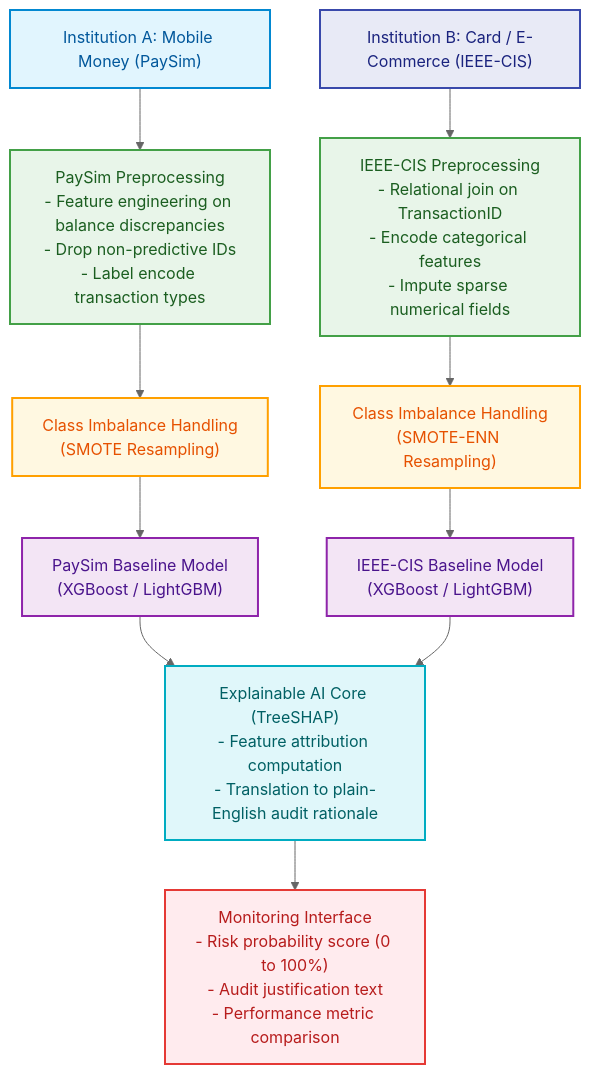
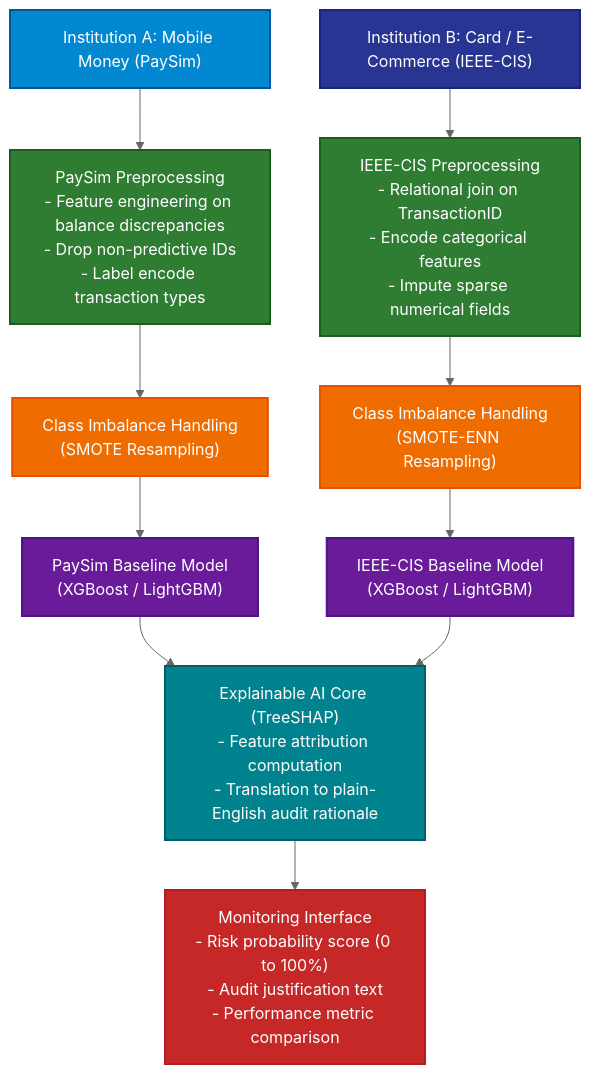
Before and after one commit to End-2007/Privacy-Preserving-Multi-Institutional-Financial-Fraud-Detection: the first of 4 diagrams in ARCHITECTURE.md, drawn with Mermaid (neutral theme). The commit also changed other lines of this file and 1 other file, not shown here.

````diff
--- a/ARCHITECTURE.md
+++ b/ARCHITECTURE.md
@@ -11,39 +11,39 @@
 ```mermaid
 flowchart TD
     D1["Institution A: Mobile Money (PaySim)"]
     D2["Institution B: Card / E-Commerce (IEEE-CIS)"]
 
     P1["PaySim Preprocessing\n- Feature engineering on balance discrepancies\n- Drop non-predictive IDs\n- Label encode transaction types"]
     P2["IEEE-CIS Preprocessing\n- Relational join on TransactionID\n- Encode categorical features\n- Impute sparse numerical fields"]
 
     S1["Class Imbalance Handling\n(SMOTE Resampling)"]
     S2["Class Imbalance Handling\n(SMOTE-ENN Resampling)"]
 
     M1["PaySim Baseline Model\n(XGBoost / LightGBM)"]
     M2["IEEE-CIS Baseline Model\n(XGBoost / LightGBM)"]
 
     XAI["Explainable AI Core (TreeSHAP)\n- Feature attribution computation\n- Translation to plain-English audit rationale"]
 
     OUT["Monitoring Interface\n- Risk probability score (0 to 100%)\n- Audit justification text\n- Performance metric comparison"]
 
     D1 --> P1
     D2 --> P2
     P1 --> S1
     P2 --> S2
     S1 --> M1
     S2 --> M2
     M1 --> XAI
     M2 --> XAI
     XAI --> OUT
 
-    style D1 fill:#E1F5FE,stroke:#0288D1,stroke-width:2px,color:#01579B
-    style D2 fill:#E8EAF6,stroke:#3949AB,stroke-width:2px,color:#1A237E
-    style P1 fill:#E8F5E9,stroke:#43A047,stroke-width:2px,color:#1B5E20
-    style P2 fill:#E8F5E9,stroke:#43A047,stroke-width:2px,color:#1B5E20
-    style S1 fill:#FFF8E1,stroke:#FFA000,stroke-width:2px,color:#E65100
-    style S2 fill:#FFF8E1,stroke:#FFA000,stroke-width:2px,color:#E65100
-    style M1 fill:#F3E5F5,stroke:#8E24AA,stroke-width:2px,color:#4A148C
-    style M2 fill:#F3E5F5,stroke:#8E24AA,stroke-width:2px,color:#4A148C
-    style XAI fill:#E0F7FA,stroke:#00ACC1,stroke-width:2px,color:#006064
-    style OUT fill:#FFEBEE,stroke:#E53935,stroke-width:2px,color:#B71C1C
+    style D1 fill:#0288D1,stroke:#01579B,stroke-width:2px,color:#ffffff
+    style D2 fill:#283593,stroke:#1A237E,stroke-width:2px,color:#ffffff
+    style P1 fill:#2E7D32,stroke:#1B5E20,stroke-width:2px,color:#ffffff
+    style P2 fill:#2E7D32,stroke:#1B5E20,stroke-width:2px,color:#ffffff
+    style S1 fill:#EF6C00,stroke:#E65100,stroke-width:2px,color:#ffffff
+    style S2 fill:#EF6C00,stroke:#E65100,stroke-width:2px,color:#ffffff
+    style M1 fill:#6A1B9A,stroke:#4A148C,stroke-width:2px,color:#ffffff
+    style M2 fill:#6A1B9A,stroke:#4A148C,stroke-width:2px,color:#ffffff
+    style XAI fill:#00838F,stroke:#006064,stroke-width:2px,color:#ffffff
+    style OUT fill:#C62828,stroke:#B71C1C,stroke-width:2px,color:#ffffff
 ```
````
